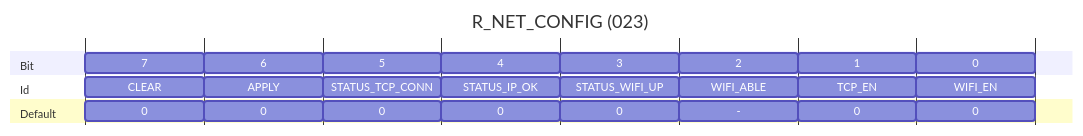
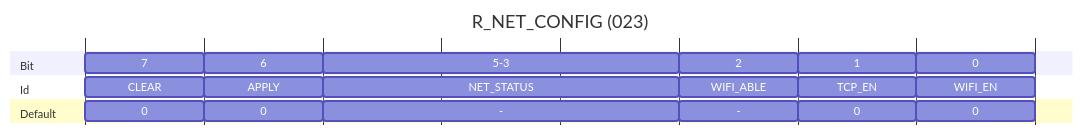
The ninth of 18 diagrams in Device.md (barbaLab/protocol), drawn with Mermaid before and after one commit. The commit also changed other lines of this file and 1 other file, not shown here.

Commit message:
Refactor network status into NET_STATUS group
Replace the individual network status bits with the three-bit NET_STATUS group.

````diff
--- a/Device.md
+++ b/Device.md
@@ -659,40 +659,34 @@
 ```mermaid
 ---
 displayMode: compact
 ---
 
 gantt
   title R_NET_CONFIG (023)
   dateFormat X
   axisFormat %
 
   section Bit
   7      :bit7, 0, 1
   6      :bit6, after bit7, 2
-  5      :bit5, after bit6, 3
-  4      :bit4, after bit5, 4
-  3      :bit3, after bit4, 5
-  2      :bit2, after bit3, 6
+  5-3    :bits5_3, after bit6, 5
+  2      :bit2, after bits5_3, 6
   1      :bit1, after bit2, 7
   0      :bit0, after bit1, 8
 
   section Id
   CLEAR            :id7, 0, 1
   APPLY            :id6, after id7, 2
-  STATUS_TCP_CONN  :id5, after id6, 3
-  STATUS_IP_OK     :id4, after id5, 4
-  STATUS_WIFI_UP   :id3, after id4, 5
-  WIFI_ABLE        :id2, after id3, 6
+  NET_STATUS       :id5, after id6, 5
+  WIFI_ABLE        :id2, after id5, 6
   TCP_EN           :id1, after id2, 7
   WIFI_EN          :id0, after id1, 8
 
   section Default
   0      :d7, 0, 1
   0      :d6, after d7, 2
-  0      :d5, after d6, 3
-  0      :d4, after d5, 4
-  0      :d3, after d4, 5
-  -      :d2, after d3, 6
+  -      :d5_3, after d6, 5
+  -      :d2, after d5_3, 6
   0      :d1, after d2, 7
   0      :d0, after d1, 8
 ```
````
